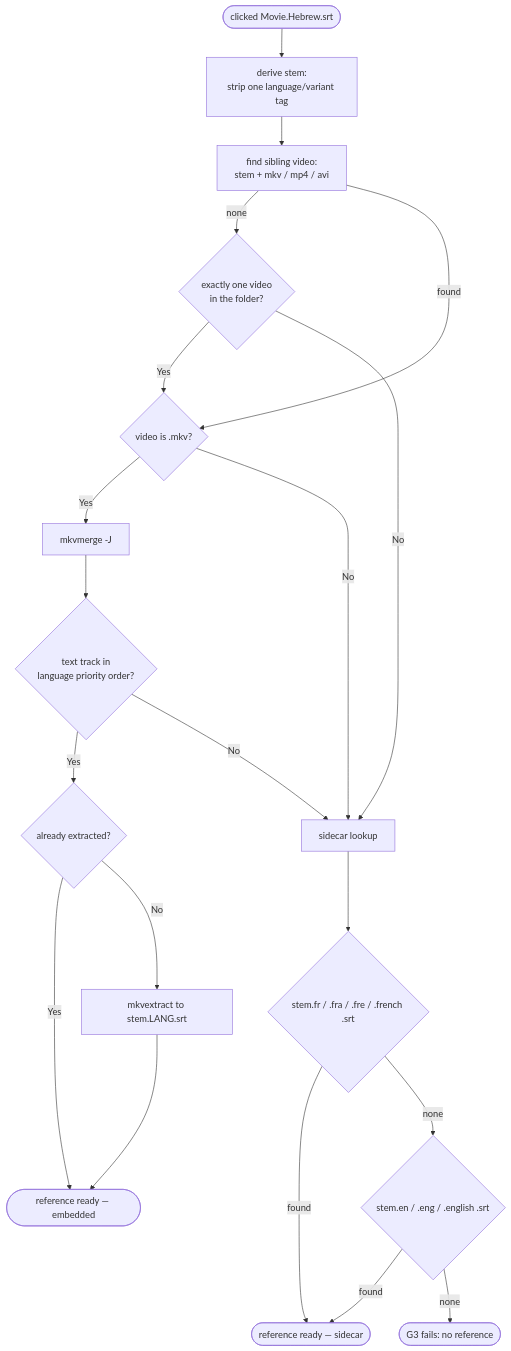
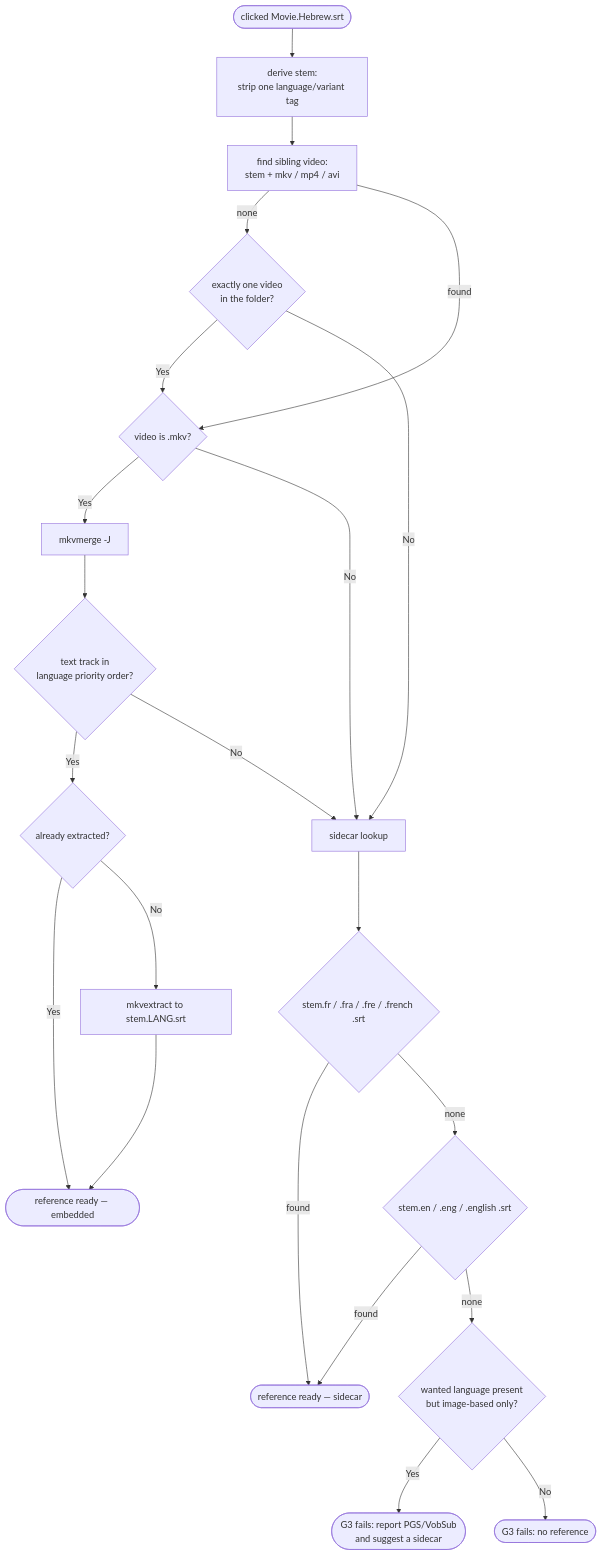
One commit to yoavain/screwzira-subtitle-downloader changed the sixth of 8 diagrams in docs/flow-charts.md. Above: the diagram before and after it, drawn with Mermaid. The commit also changed other lines of this file and 8 other files, not shown here.

First line of the commit message:
Update docs for the sync pipeline rewrite and two-flow architecture

````diff
--- a/docs/flow-charts.md
+++ b/docs/flow-charts.md
@@ -135,22 +135,24 @@
 ```mermaid
 flowchart TD
     A(["clicked Movie.Hebrew.srt"]) --> B[derive stem:<br/>strip one language/variant tag]
     B --> C[find sibling video:<br/>stem + mkv / mp4 / avi]
     C -- none --> C2{exactly one video<br/>in the folder?}
     C2 -- Yes --> D
     C2 -- No --> H
     C -- found --> D{video is .mkv?}
     D -- Yes --> E[mkvmerge -J]
     E --> F{text track in<br/>language priority order?}
     F -- Yes --> G{already extracted?}
     G -- Yes --> Z([reference ready — embedded])
     G -- No --> G1[mkvextract to stem.LANG.srt]
     G1 --> Z
     F -- No --> H[sidecar lookup]
     D -- No --> H
     H --> I{"stem.fr / .fra / .fre / .french .srt"}
     I -- found --> Z2([reference ready — sidecar])
     I -- none --> J{"stem.en / .eng / .english .srt"}
     J -- found --> Z2
-    J -- none --> K([G3 fails: no reference])
+    J -- none --> L{"wanted language present<br/>but image-based only?"}
+    L -- Yes --> M(["G3 fails: report PGS/VobSub<br/>and suggest a sidecar"])
+    L -- No --> K([G3 fails: no reference])
 ```
````
